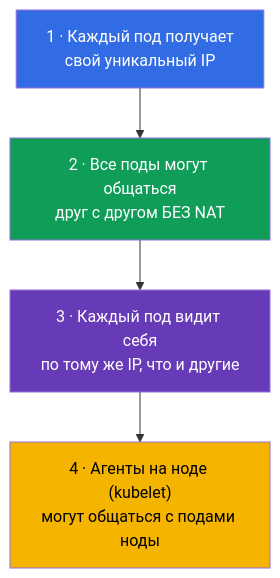
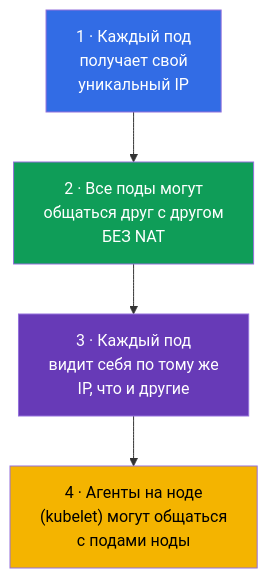
Before and after one commit to ViktorUJ/cks: the first of 7 diagrams in tasks/cka/course/30/ru.md, drawn with Mermaid. The commit also changed other lines of this file and 30 other files, not shown here.

````diff
--- a/tasks/cka/course/30/ru.md
+++ b/tasks/cka/course/30/ru.md
@@ -14,12 +14,12 @@
 ```mermaid
 flowchart TB
-    r1["1 · Каждый под получает<br>свой уникальный IP"]
-    r2["2 · Все поды могут общаться<br>друг с другом БЕЗ NAT"]
-    r3["3 · Каждый под видит себя<br>по тому же IP, что и другие"]
-    r4["4 · Агенты на ноде (kubelet)<br>могут общаться с подами ноды"]
+    r1["1 · Каждый под<br>получает свой<br>уникальный IP"]
+    r2["2 · Все поды могут<br>общаться друг с другом<br>БЕЗ NAT"]
+    r3["3 · Каждый под<br>видит себя по тому же<br>IP, что и другие"]
+    r4["4 · Агенты на ноде<br>(kubelet) могут общаться<br>с подами ноды"]
     r1 --> r2 --> r3 --> r4
     style r1 fill:#326ce5,color:#fff
     style r2 fill:#0f9d58,color:#fff
     style r3 fill:#673ab7,color:#fff
     style r4 fill:#f4b400,color:#000
 ```
````
